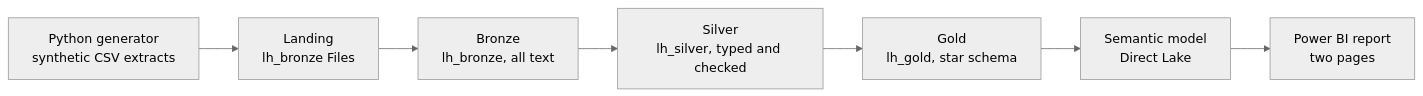
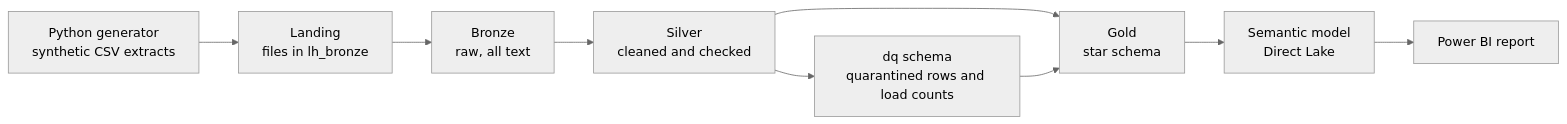
One commit to BayarDilzar/fabric-case-management-pipeline changed the diagram in README.md. Above: the diagram before and after it, drawn with Mermaid (neutral theme). The commit also changed other lines of this file, not shown here.

Commit message:
Open the README with a plain summary, the report and the key results

````diff
--- a/README.md
+++ b/README.md
@@ -17,9 +22,11 @@
 ```mermaid
 flowchart LR
-    gen["Python generator<br>synthetic CSV extracts"] --> land["Landing<br>lh_bronze Files"]
-    land --> bronze["Bronze<br>lh_bronze, all text"]
-    bronze --> silver["Silver<br>lh_silver, typed and checked"]
-    silver --> gold["Gold<br>lh_gold, star schema"]
+    gen["Python generator<br>synthetic CSV extracts"] --> land["Landing<br>files in lh_bronze"]
+    land --> bronze["Bronze<br>raw, all text"]
+    bronze --> silver["Silver<br>cleaned and checked"]
+    silver --> dq["dq schema<br>quarantined rows and load counts"]
+    silver --> gold["Gold<br>star schema"]
+    dq --> gold
     gold --> model["Semantic model<br>Direct Lake"]
-    model --> report["Power BI report<br>two pages"]
+    model --> report["Power BI report"]
 ```
````
